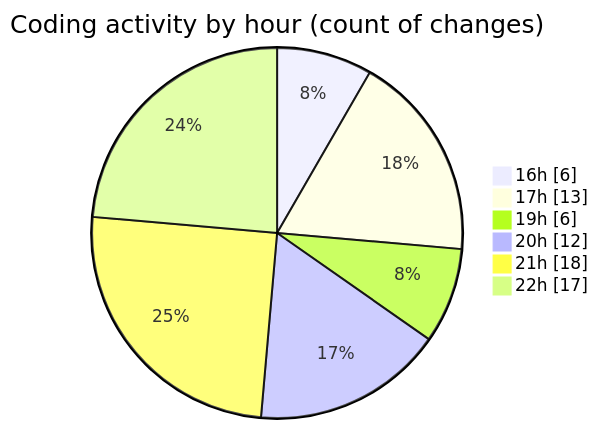
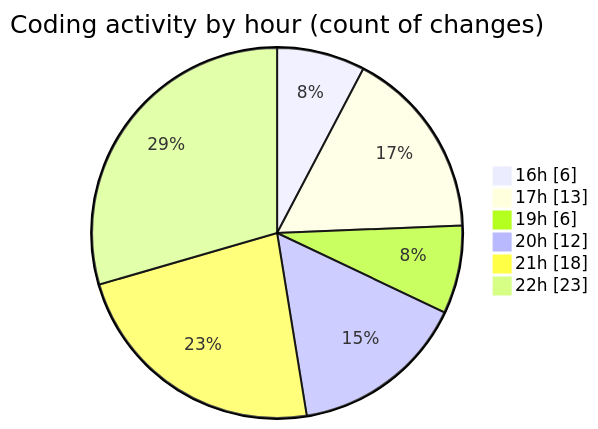
The second of 2 diagrams in 2025-06-22/studio-backend/README.md (idhammustaqopulfikri/code-tracking), drawn with Mermaid before and after one commit. The commit also changed other lines of this file and 1 other file, not shown here.

````diff
--- a/2025-06-22/studio-backend/README.md
+++ b/2025-06-22/studio-backend/README.md
@@ -39,10 +39,10 @@
 ```mermaid
 pie showData
 title Coding activity by hour (count of changes)
 "16h" : 6
 "17h" : 13
 "19h" : 6
 "20h" : 12
 "21h" : 18
-"22h" : 17
+"22h" : 23
 ```
````
